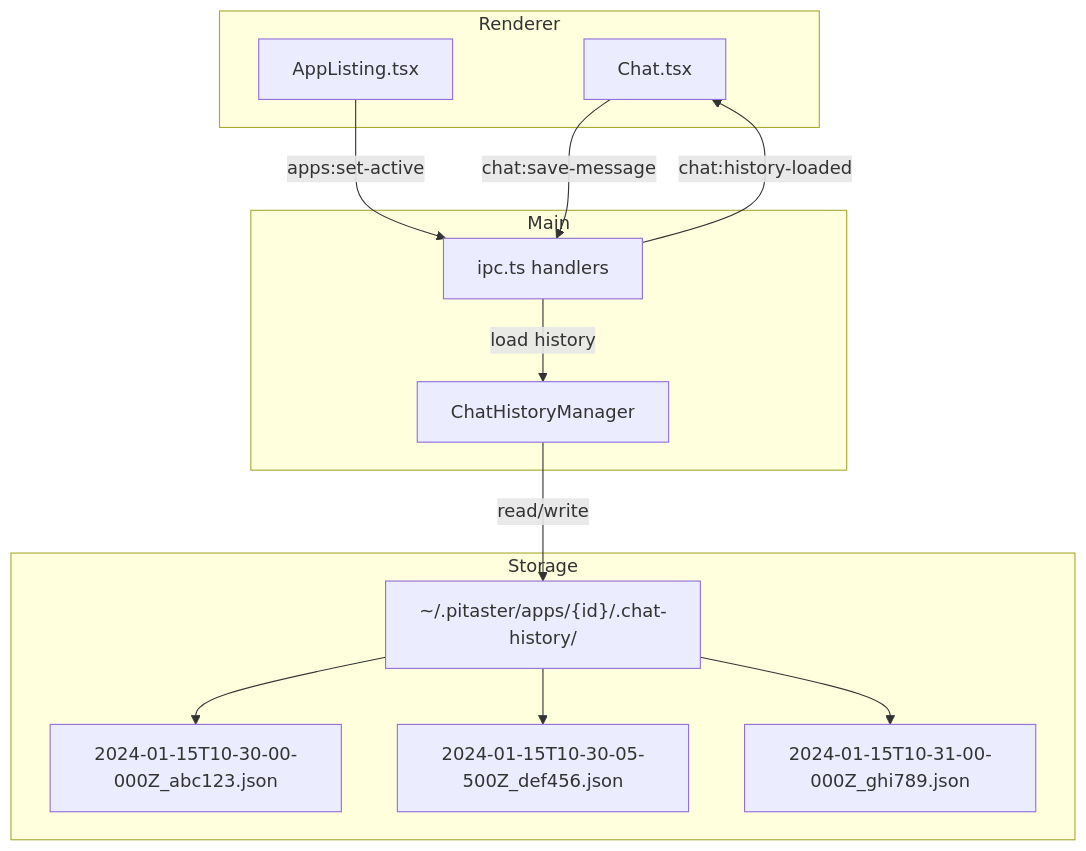
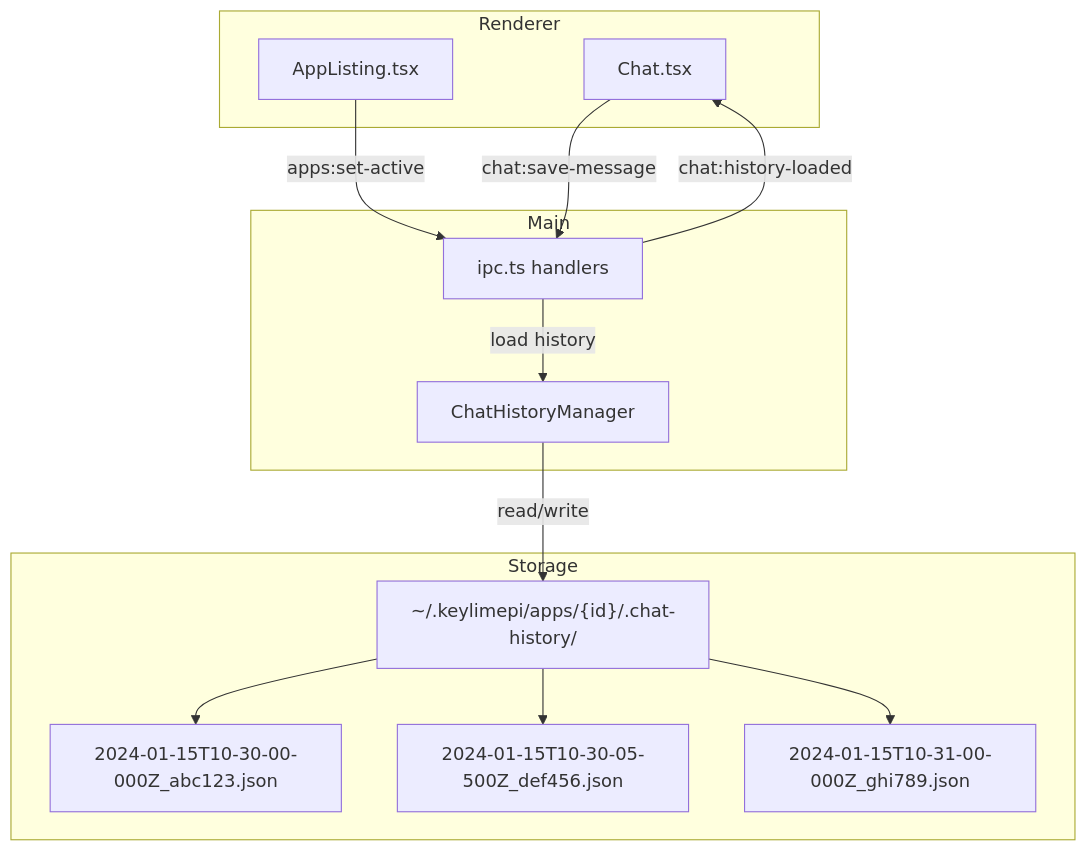
The diagram in docs/plans/SESSION-9-CHAT-HISTORY.md (guyettinger/PiTaster), drawn with Mermaid before and after one commit. The commit also changed other lines of this file and 239 other files, not shown here.

````diff
--- a/docs/plans/SESSION-9-CHAT-HISTORY.md
+++ b/docs/plans/SESSION-9-CHAT-HISTORY.md
@@ -29,28 +29,28 @@
 ```mermaid
 flowchart TB
     subgraph Renderer
         Chat[Chat.tsx]
         AppListing[AppListing.tsx]
     end
     
     subgraph Main
         IPC[ipc.ts handlers]
         ChatManager[ChatHistoryManager]
     end
     
     subgraph Storage
-        HistoryDir["~/.pitaster/apps/{id}/.chat-history/"]
+        HistoryDir["~/.keylimepi/apps/{id}/.chat-history/"]
         Msg1["2024-01-15T10-30-00-000Z_abc123.json"]
         Msg2["2024-01-15T10-30-05-500Z_def456.json"]
         Msg3["2024-01-15T10-31-00-000Z_ghi789.json"]
         HistoryDir --> Msg1
         HistoryDir --> Msg2
         HistoryDir --> Msg3
     end
     
     AppListing -->|apps:set-active| IPC
     IPC -->|load history| ChatManager
     ChatManager -->|read/write| HistoryDir
     IPC -->|chat:history-loaded| Chat
     Chat -->|chat:save-message| IPC
 ```
````
